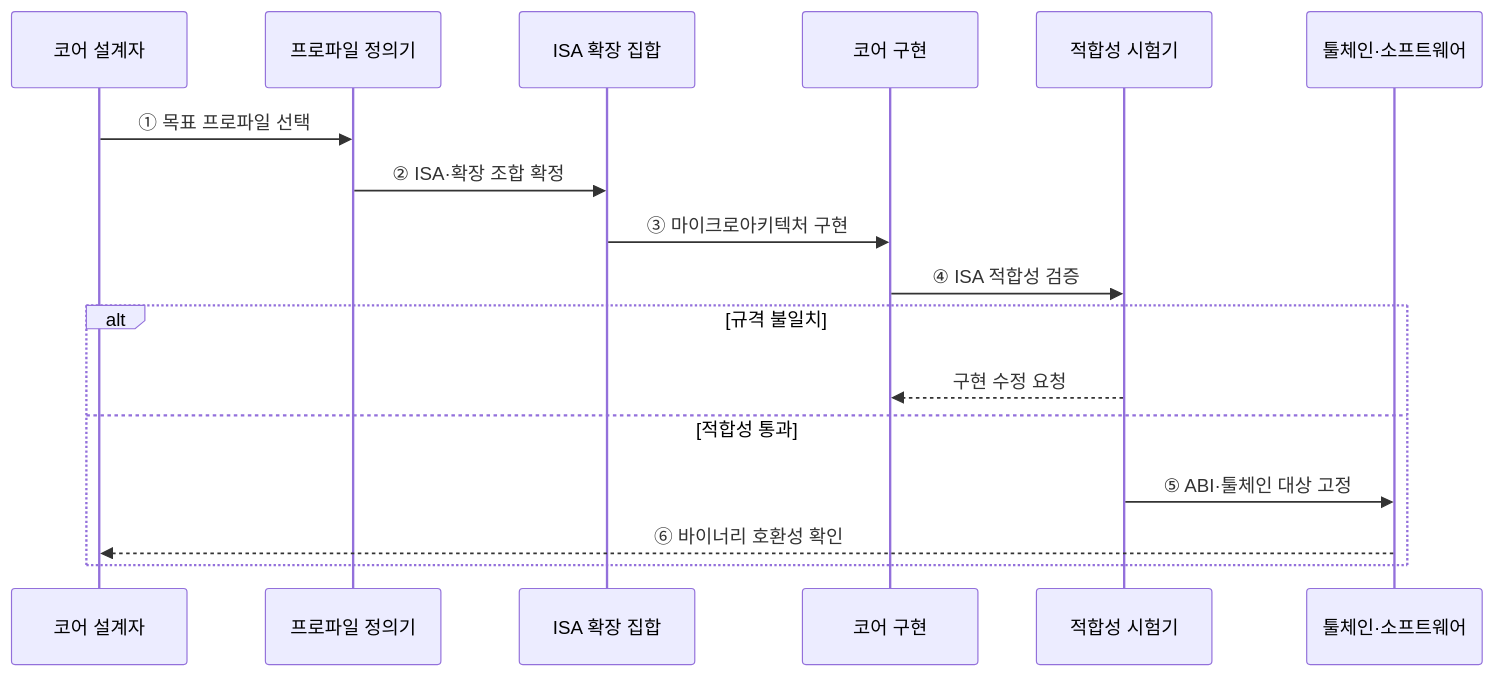
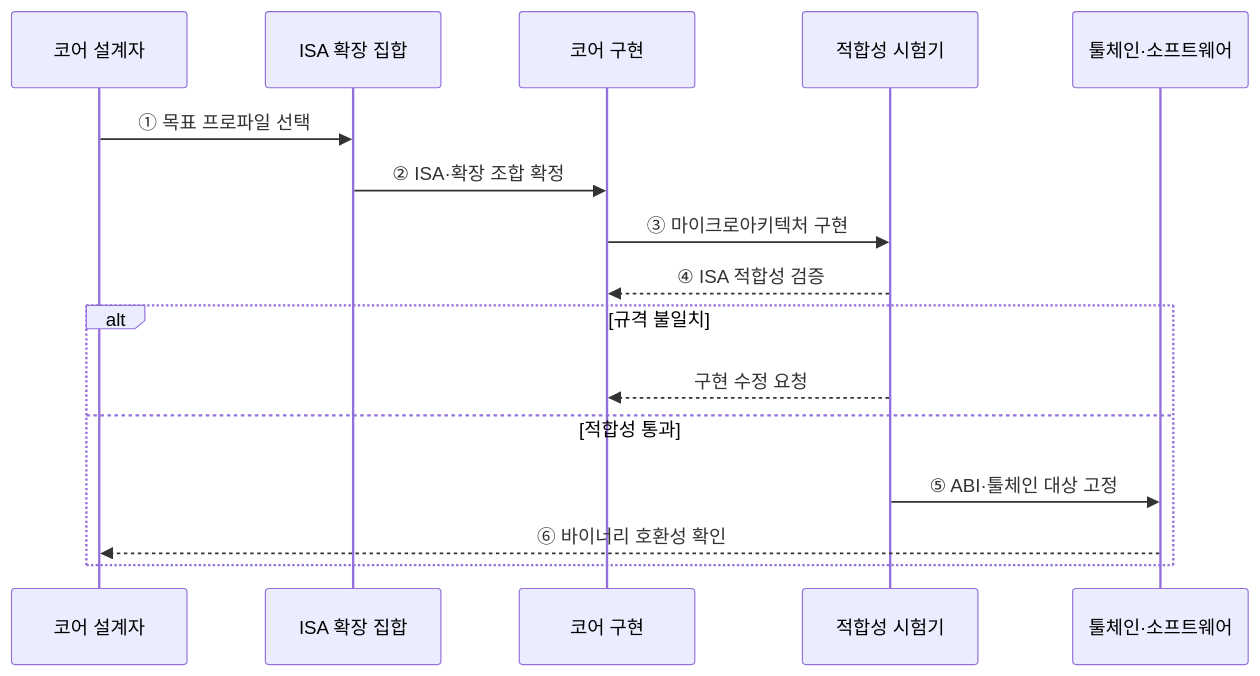
One commit to agnusdei1207/knowledge-base changed the second of 2 diagrams in src/content/docs/notes/02-hardware/004_risc_v.md. Above: the diagram before and after it, drawn with Mermaid. The commit also changed other lines of this file and 20 other files, not shown here.

````diff
--- a/src/content/docs/notes/02-hardware/004_risc_v.md
+++ b/src/content/docs/notes/02-hardware/004_risc_v.md
@@ -83,19 +83,18 @@
 ```mermaid
 sequenceDiagram
     participant D as 코어 설계자
-    participant P as 프로파일 정의기
     participant E as ISA 확장 집합
     participant C as 코어 구현
     participant T as 적합성 시험기
     participant S as 툴체인·소프트웨어
-    D->>P: ① 목표 프로파일 선택
-    P->>E: ② ISA·확장 조합 확정
-    E->>C: ③ 마이크로아키텍처 구현
-    C->>T: ④ ISA 적합성 검증
+    D->>E: ① 목표 프로파일 선택
+    E->>C: ② ISA·확장 조합 확정
+    C->>T: ③ 마이크로아키텍처 구현
+    T-->>C: ④ ISA 적합성 검증
     alt 규격 불일치
         T-->>C: 구현 수정 요청
     else 적합성 통과
         T->>S: ⑤ ABI·툴체인 대상 고정
         S-->>D: ⑥ 바이너리 호환성 확인
     end
 ```
````
